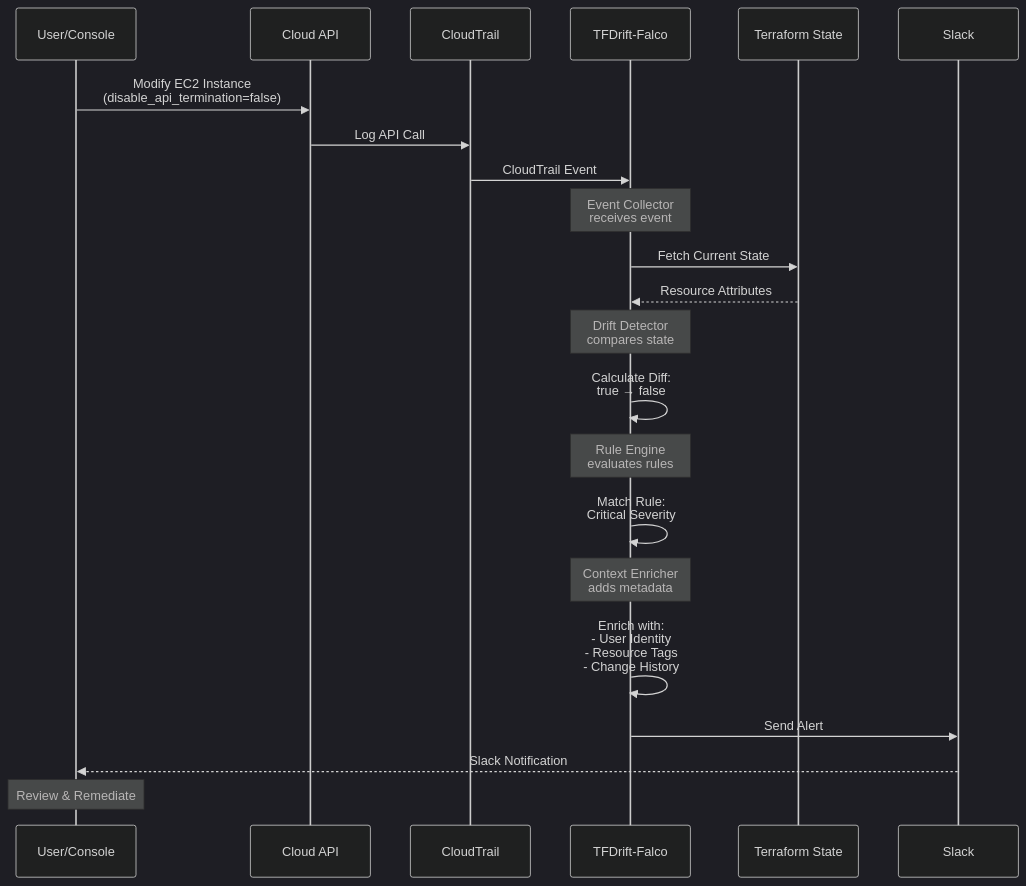
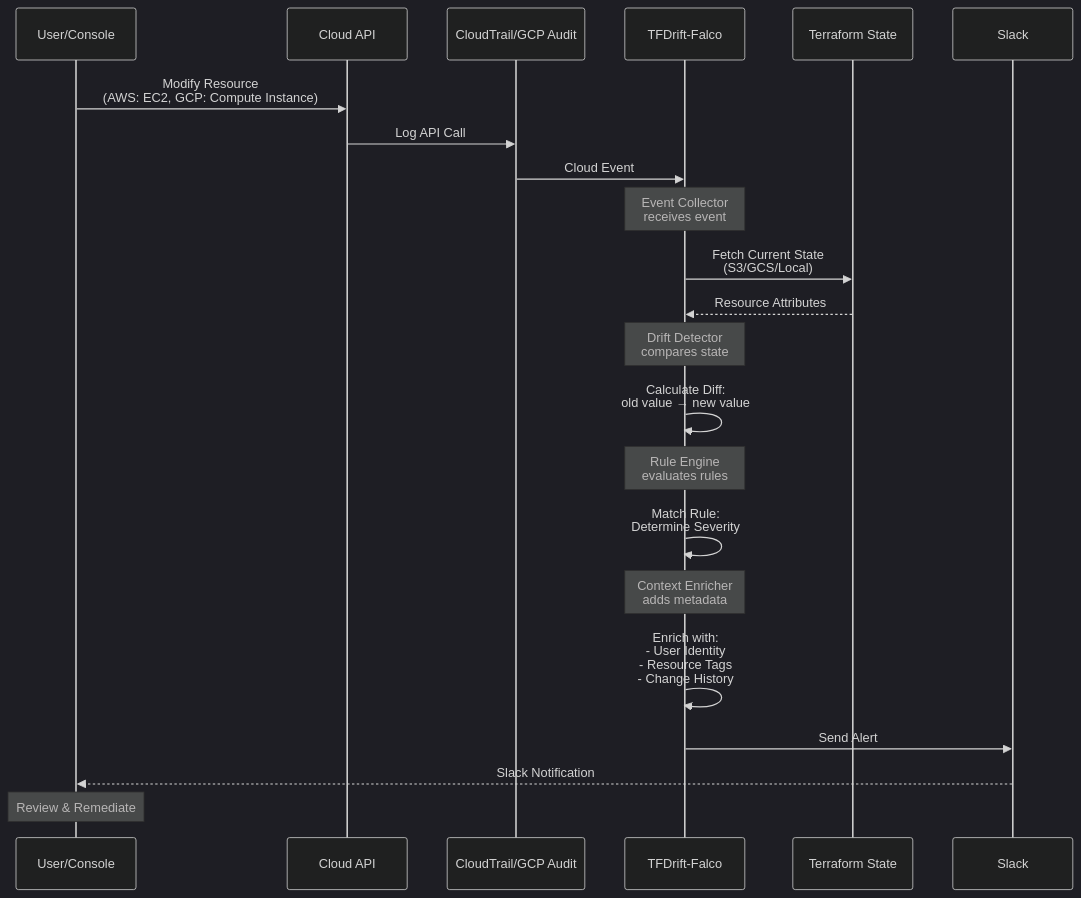
Before and after one commit to higakikeita/tfdrift-falco: the eighth of 13 diagrams in docs/architecture.md, drawn with Mermaid (dark theme). The commit also changed other lines of this file, not shown here.

First line of the commit message:
docs: Update architecture.md for v0.5.0 multi-cloud support

````diff
--- a/docs/architecture.md
+++ b/docs/architecture.md
@@ -586,35 +668,35 @@
 ```mermaid
 sequenceDiagram
     participant U as User/Console
     participant C as Cloud API
-    participant CT as CloudTrail
+    participant CT as CloudTrail/GCP Audit
     participant TF as TFDrift-Falco
     participant TS as Terraform State
     participant S as Slack
 
-    U->>C: Modify EC2 Instance<br/>(disable_api_termination=false)
+    U->>C: Modify Resource<br/>(AWS: EC2, GCP: Compute Instance)
     C->>CT: Log API Call
-    CT->>TF: CloudTrail Event
+    CT->>TF: Cloud Event
 
     Note over TF: Event Collector<br/>receives event
 
-    TF->>TS: Fetch Current State
+    TF->>TS: Fetch Current State<br/>(S3/GCS/Local)
     TS-->>TF: Resource Attributes
 
     Note over TF: Drift Detector<br/>compares state
 
-    TF->>TF: Calculate Diff:<br/>true → false
+    TF->>TF: Calculate Diff:<br/>old value → new value
 
     Note over TF: Rule Engine<br/>evaluates rules
 
-    TF->>TF: Match Rule:<br/>Critical Severity
+    TF->>TF: Match Rule:<br/>Determine Severity
 
     Note over TF: Context Enricher<br/>adds metadata
 
     TF->>TF: Enrich with:<br/>- User Identity<br/>- Resource Tags<br/>- Change History
 
     TF->>S: Send Alert
     S-->>U: Slack Notification
 
     Note over U: Review & Remediate
 ```
````
